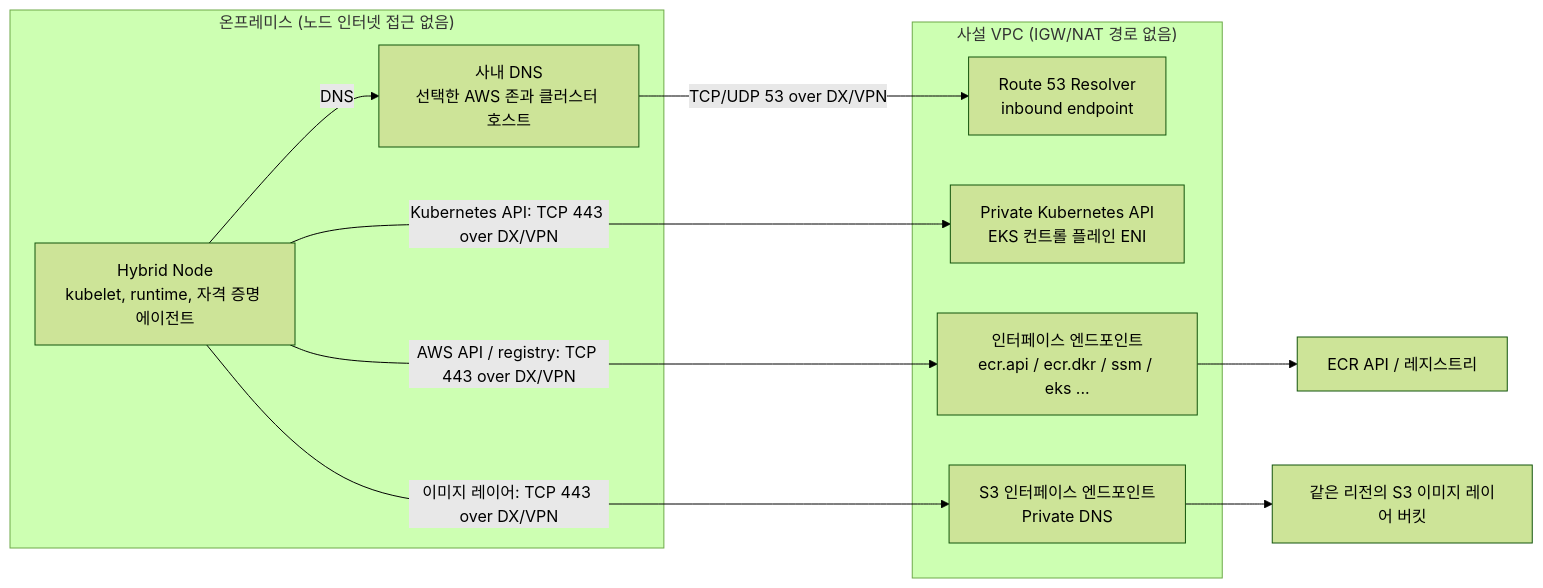
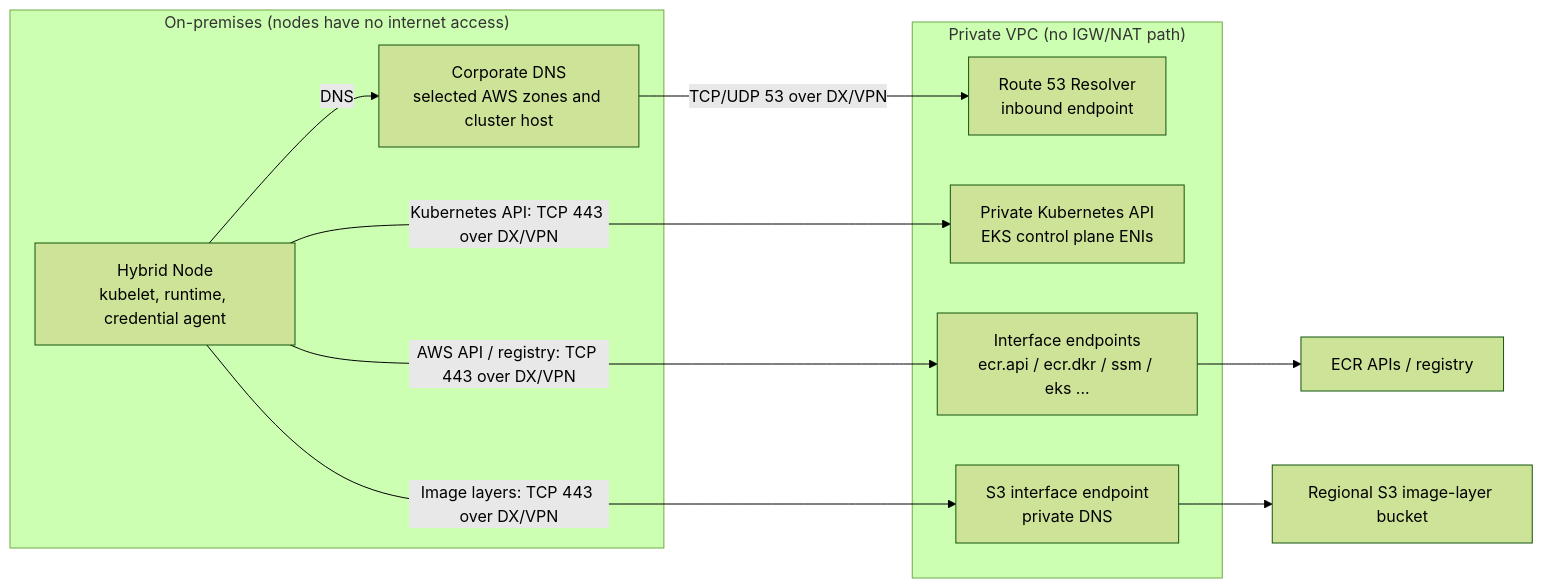
One commit to devfloor9/engineering-playbook changed the diagram in docs/eks-hybrid-nodes/networking/private-vpc-endpoints.md. Above: the diagram before and after it, drawn with Mermaid (forest theme). The commit also changed other lines of this file and 954 other files, not shown here.

````diff
--- a/docs/eks-hybrid-nodes/networking/private-vpc-endpoints.md
+++ b/docs/eks-hybrid-nodes/networking/private-vpc-endpoints.md
@@ -128,22 +128,22 @@
 ```mermaid
 flowchart LR
-    subgraph ONPREM["온프레미스 (노드 인터넷 접근 없음)"]
-        HN["Hybrid Node<br/>kubelet, runtime, 자격 증명 에이전트"]
-        DNS["사내 DNS<br/>선택한 AWS 존과 클러스터 호스트"]
+    subgraph ONPREM["On-premises (nodes have no internet access)"]
+        HN["Hybrid Node<br/>kubelet, runtime, credential agent"]
+        DNS["Corporate DNS<br/>selected AWS zones and cluster host"]
     end
-    subgraph VPC["사설 VPC (IGW/NAT 경로 없음)"]
+    subgraph VPC["Private VPC (no IGW/NAT path)"]
         RIN["Route 53 Resolver<br/>inbound endpoint"]
-        ENI["Private Kubernetes API<br/>EKS 컨트롤 플레인 ENI"]
-        VPCE["인터페이스 엔드포인트<br/>ecr.api / ecr.dkr / ssm / eks ..."]
-        S3IF["S3 인터페이스 엔드포인트<br/>Private DNS"]
+        ENI["Private Kubernetes API<br/>EKS control plane ENIs"]
+        VPCE["Interface endpoints<br/>ecr.api / ecr.dkr / ssm / eks ..."]
+        S3IF["S3 interface endpoint<br/>private DNS"]
     end
-    ECR["ECR API / 레지스트리"]
-    S3["같은 리전의 S3 이미지 레이어 버킷"]
+    ECR["ECR APIs / registry"]
+    S3["Regional S3 image-layer bucket"]
     HN -- "DNS" --> DNS
     DNS -- "TCP/UDP 53 over DX/VPN" --> RIN
     HN -- "Kubernetes API: TCP 443 over DX/VPN" --> ENI
     HN -- "AWS API / registry: TCP 443 over DX/VPN" --> VPCE
     VPCE --> ECR
-    HN -- "이미지 레이어: TCP 443 over DX/VPN" --> S3IF
+    HN -- "Image layers: TCP 443 over DX/VPN" --> S3IF
     S3IF --> S3
 ```
````
